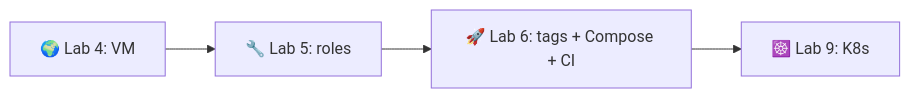
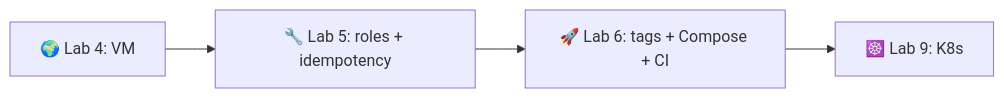
Before and after one commit to inno-devops-labs/DevOps-Core-Course: the diagram in labs/lab05.md, drawn with Mermaid. The commit also changed other lines of this file and 20 other files, not shown here.

````diff
--- a/labs/lab05.md
+++ b/labs/lab05.md
@@ -609,4 +756,4 @@
 ```mermaid
 flowchart LR
-  Lab4[🌍 Lab 4: VM] --> Lab5[🔧 Lab 5: roles] --> Lab6[🚀 Lab 6: tags + Compose + CI] --> Lab9[☸️ Lab 9: K8s]
+  Lab4[🌍 Lab 4: VM] --> Lab5[🔧 Lab 5: roles + idempotency] --> Lab6[🚀 Lab 6: tags + Compose + CI] --> Lab9[☸️ Lab 9: K8s]
 ```
````
